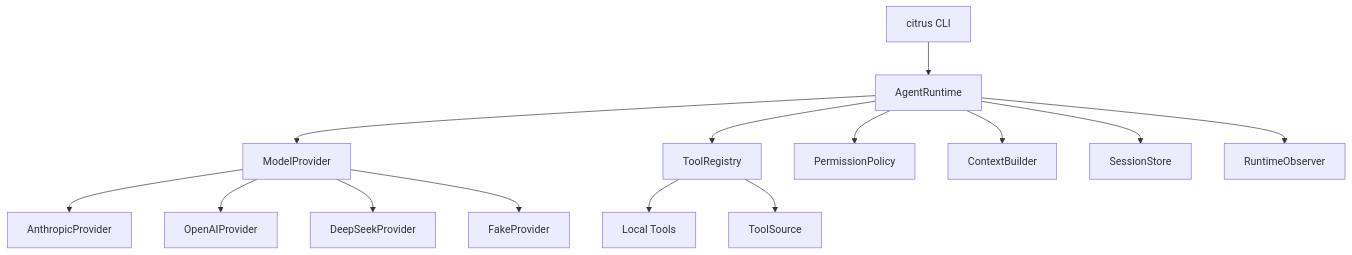
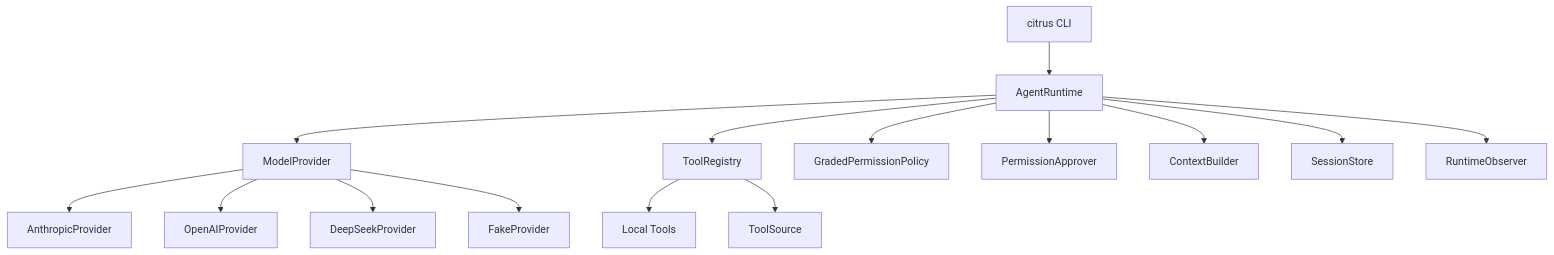
One commit to SingleButter/CitrusButter changed the diagram in README.md. Above: the diagram before and after it, drawn with Mermaid. The commit also changed other lines of this file and 4 other files, not shown here.

Commit message:
Update docs for permission approval flow

````diff
--- a/README.md
+++ b/README.md
@@ -132,18 +132,19 @@
 ```mermaid
 flowchart TD
   CLI["citrus CLI"] --> Runtime["AgentRuntime"]
   Runtime --> Provider["ModelProvider"]
   Runtime --> Tools["ToolRegistry"]
-  Runtime --> Permission["PermissionPolicy"]
+  Runtime --> Permission["GradedPermissionPolicy"]
+  Runtime --> Approver["PermissionApprover"]
   Runtime --> Context["ContextBuilder"]
   Runtime --> Session["SessionStore"]
   Runtime --> Observer["RuntimeObserver"]
 
   Provider --> Anthropic["AnthropicProvider"]
   Provider --> OpenAI["OpenAIProvider"]
   Provider --> DeepSeek["DeepSeekProvider"]
   Provider --> Fake["FakeProvider"]
 
   Tools --> Local["Local Tools"]
   Tools --> Source["ToolSource"]
 ```
````
